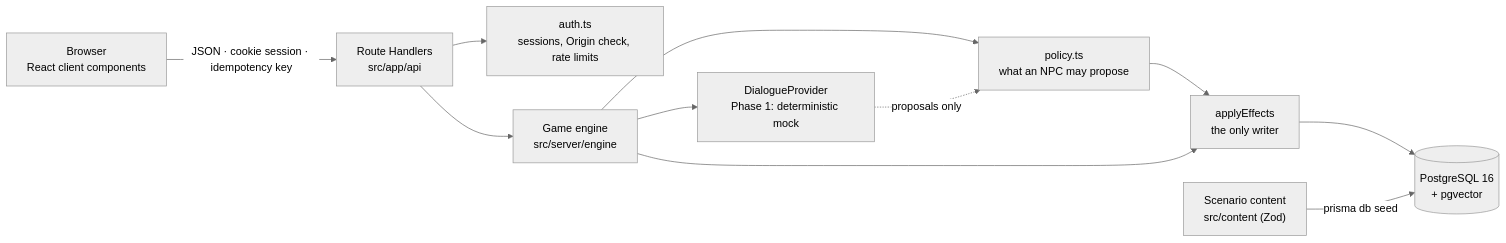
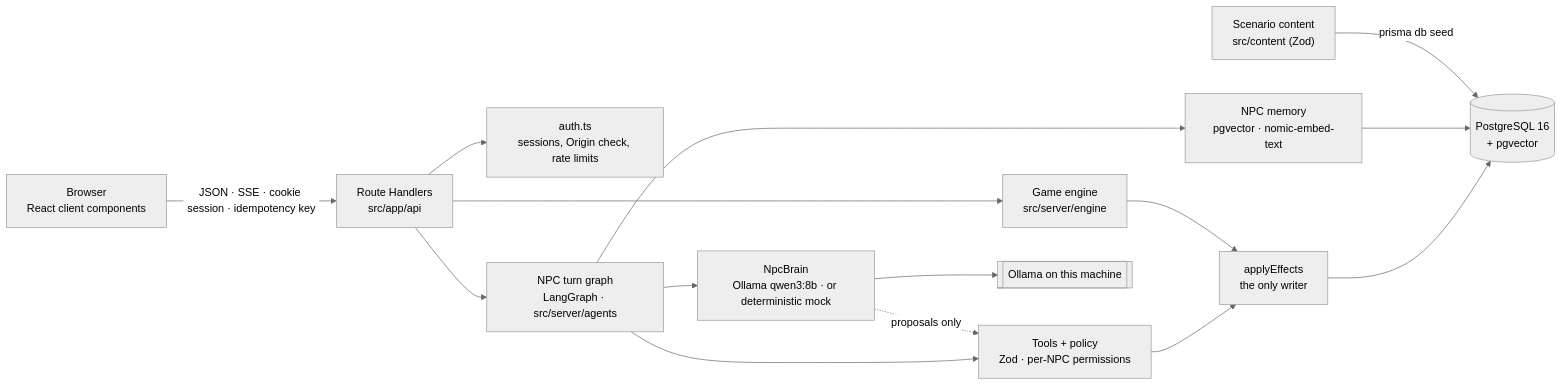
The diagram in docs/ARCHITECTURE.md (InviXtaHydra/promptcraft), drawn with Mermaid (neutral theme) before and after one commit. The commit also changed other lines of this file and 5 other files, not shown here.

Commit message:
docs: Phase 2 architecture (providers, graph, tools, memory, observability), plan, status

````diff
--- a/docs/ARCHITECTURE.md
+++ b/docs/ARCHITECTURE.md
@@ -6,13 +6,17 @@
 ```mermaid
 flowchart LR
-    Browser["Browser<br/>React client components"] -->|"JSON · cookie session · idempotency key"| API["Route Handlers<br/>src/app/api"]
+    Browser["Browser<br/>React client components"] -->|"JSON · SSE · cookie session · idempotency key"| API["Route Handlers<br/>src/app/api"]
     API --> Auth["auth.ts<br/>sessions, Origin check, rate limits"]
     API --> Engine["Game engine<br/>src/server/engine"]
-    Engine --> Policy["policy.ts<br/>what an NPC may propose"]
-    Engine --> Dialogue["DialogueProvider<br/>Phase 1: deterministic mock"]
-    Dialogue -.->|"proposals only"| Policy
-    Policy --> Apply["applyEffects<br/>the only writer"]
+    API --> Graph["NPC turn graph<br/>LangGraph · src/server/agents"]
+    Graph --> Brain["NpcBrain<br/>Ollama qwen3:8b · or deterministic mock"]
+    Graph --> Memory["NPC memory<br/>pgvector · nomic-embed-text"]
+    Graph --> Tools["Tools + policy<br/>Zod · per-NPC permissions"]
+    Brain -.->|"proposals only"| Tools
+    Tools --> Apply["applyEffects<br/>the only writer"]
     Engine --> Apply
     Apply --> DB[("PostgreSQL 16<br/>+ pgvector")]
+    Memory --> DB
+    Brain --> Ollama[["Ollama on this machine"]]
     Content["Scenario content<br/>src/content (Zod)"] -->|"prisma db seed"| DB
 ```
````
